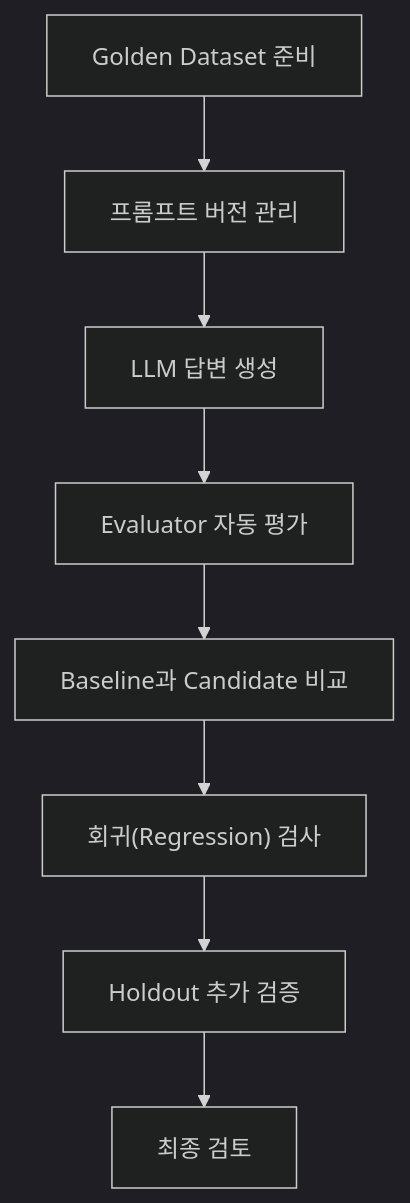
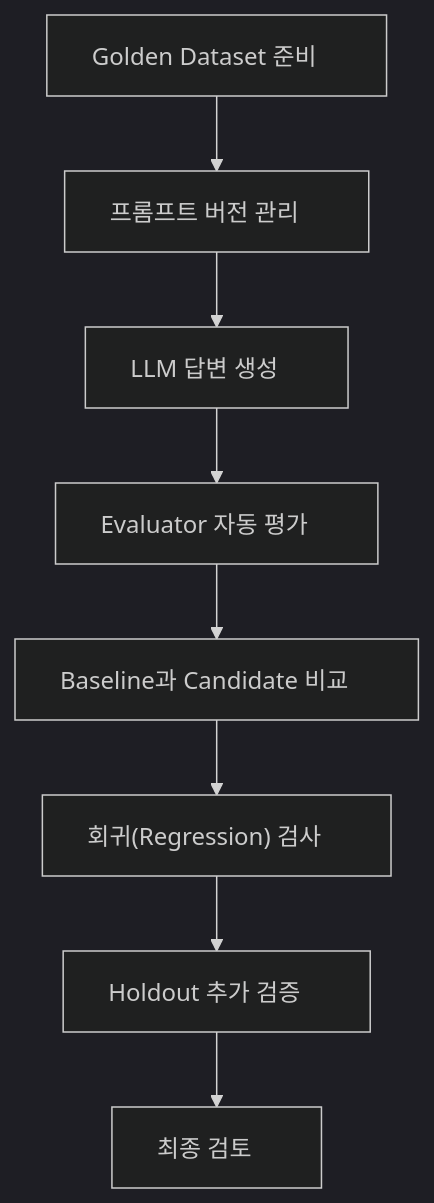
One commit to chanyeongg3-design/LLM_study changed the diagram in Today_TIL/2026-11-02.md. Above: the diagram before and after it, drawn with Mermaid (dark theme).

````diff
--- a/Today_TIL/2026-11-02.md
+++ b/Today_TIL/2026-11-02.md
@@ -16,10 +16,11 @@
 ```mermaid
+%%{init: {"flowchart": {"htmlLabels": false, "wrappingWidth": 400}}}%%
 flowchart TD
-    A["Golden Dataset 준비"] --> B["프롬프트 버전 관리"]
-    B --> C["LLM 답변 생성"]
-    C --> D["Evaluator 자동 평가"]
-    D --> E["Baseline과 Candidate 비교"]
-    E --> F["회귀(Regression) 검사"]
-    F --> G["Holdout 추가 검증"]
-    G --> H["최종 검토"]
+    A["Golden Dataset 준비&nbsp;&nbsp;&nbsp;&nbsp;"] --> B["프롬프트 버전 관리&nbsp;&nbsp;&nbsp;&nbsp;"]
+    B --> C["LLM 답변 생성&nbsp;&nbsp;&nbsp;&nbsp;"]
+    C --> D["Evaluator 자동 평가&nbsp;&nbsp;&nbsp;&nbsp;"]
+    D --> E["Baseline과 Candidate 비교&nbsp;&nbsp;&nbsp;&nbsp;"]
+    E --> F["회귀(Regression) 검사&nbsp;&nbsp;&nbsp;&nbsp;"]
+    F --> G["Holdout 추가 검증&nbsp;&nbsp;&nbsp;&nbsp;"]
+    G --> H["최종 검토&nbsp;&nbsp;&nbsp;&nbsp;"]
 ```
````
